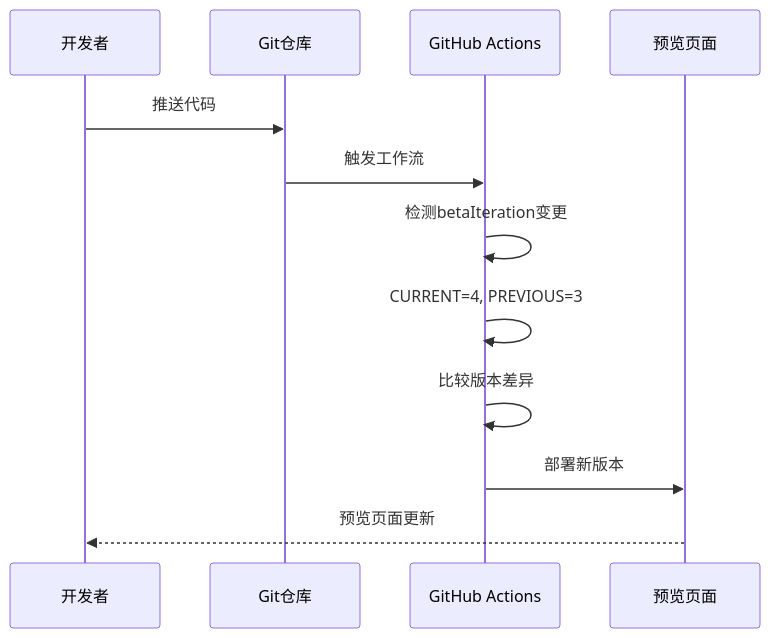
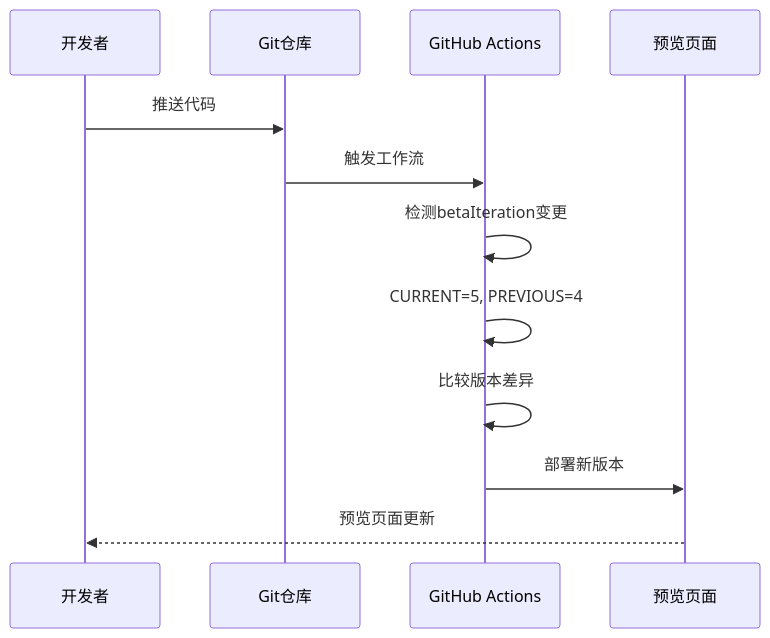
One commit to kqcoxn/MaaPipelineEditor changed diagram 17 of 17 in .qoder/repowiki/zh/content/Config Store.md. Above: the diagram before and after it, drawn with Mermaid. The commit also changed other lines of this file and 22 other files, not shown here.

````diff
--- a/.qoder/repowiki/zh/content/Config Store.md
+++ b/.qoder/repowiki/zh/content/Config Store.md
@@ -679,14 +848,14 @@
 ```mermaid
 sequenceDiagram
 participant Dev as 开发者
 participant Repo as Git仓库
 participant Actions as GitHub Actions
 participant Preview as 预览页面
 Dev->>Repo : 推送代码
 Repo->>Actions : 触发工作流
 Actions->>Actions : 检测betaIteration变更
-Actions->>Actions : CURRENT=4, PREVIOUS=3
+Actions->>Actions : CURRENT=5, PREVIOUS=4
 Actions->>Actions : 比较版本差异
 Actions->>Preview : 部署新版本
 Preview-->>Dev : 预览页面更新
 ```
````
